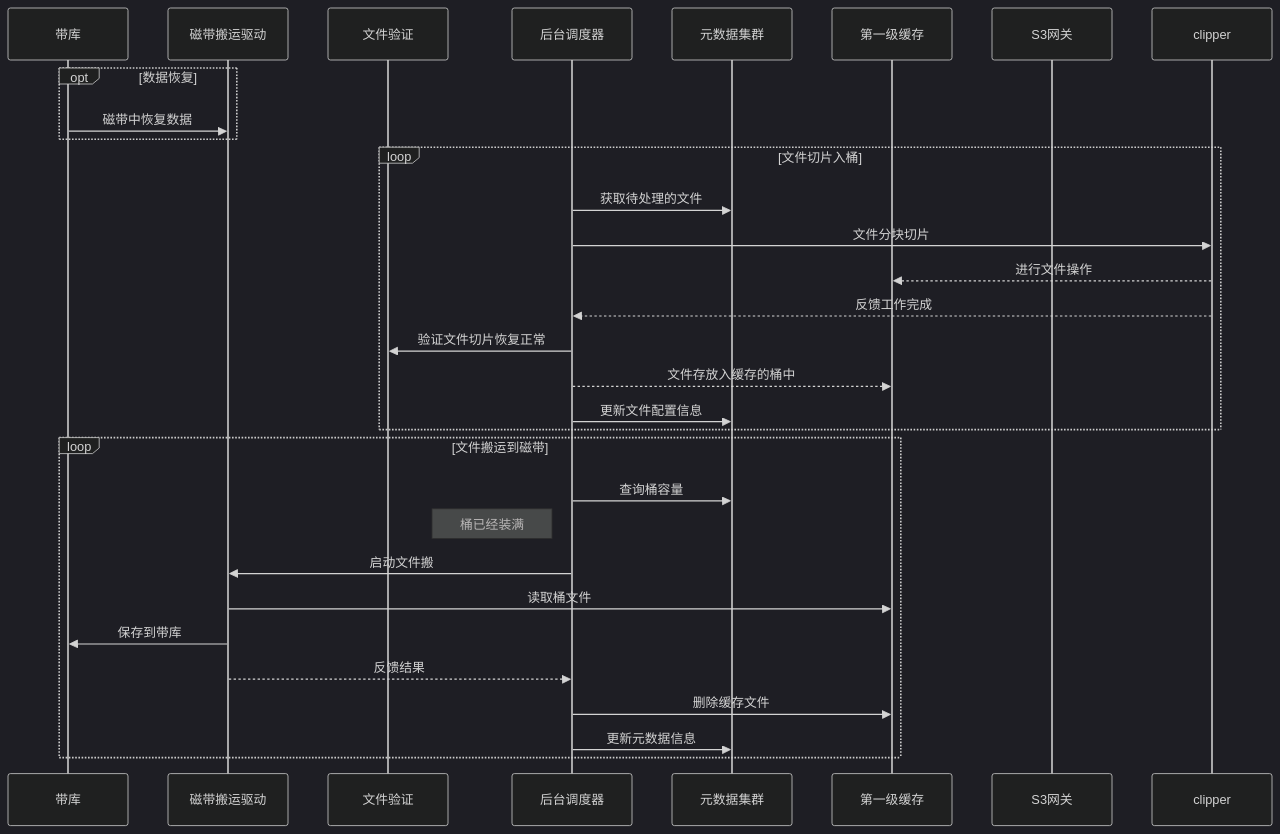
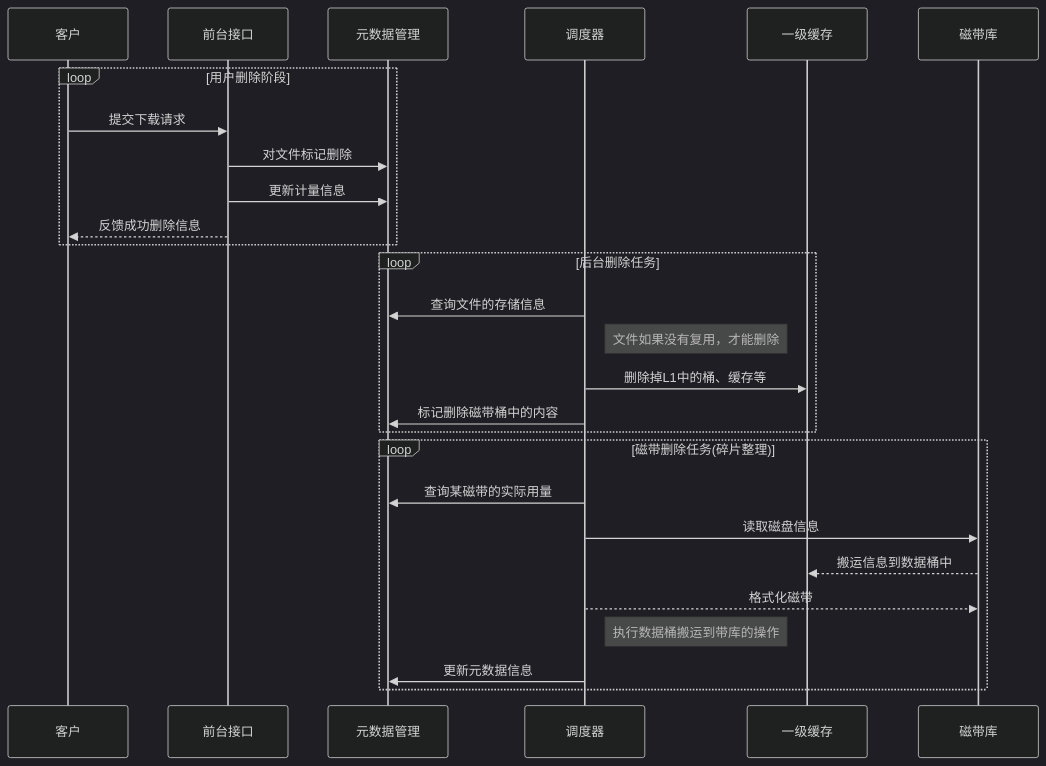
The sixth of 7 diagrams in 冰山存储设计.md (hourenhao/personal), drawn with Mermaid (dark theme) before and after one commit.

Commit message:
123
1231313

````diff
--- a/冰山存储设计.md
+++ b/冰山存储设计.md
@@ -293,41 +293,39 @@
 ```mermaid
 sequenceDiagram
 
-participant tape as 带库
-participant carriage as 磁带搬运驱动
-participant verifer as 文件验证
-participant scheduler as 后台调度器
-participant tidb as 元数据集群
-participant san as 第一级缓存
-participant gw as S3网关
+participant customer as 客户
+participant frontend as 前台接口
+participant tidb as 元数据管理
+participant scheduler as 调度器
+participant l1_cache as 一级缓存
+participant tape_store as 磁带库
 
-
-
-opt 数据恢复
-    tape ->> carriage: 磁带中恢复数据
-    
+loop 用户删除阶段
+    customer ->> frontend: 提交下载请求
+   
+    frontend ->> tidb: 对文件标记删除
+    frontend ->> tidb: 更新计量信息
+    frontend -->> customer: 反馈成功删除信息
+  
 end
 
-loop 文件切片入桶
-    scheduler ->> tidb: 获取待处理的文件
-    scheduler ->> clipper: 文件分块切片
-    clipper -->> san: 进行文件操作
-    clipper -->> scheduler: 反馈工作完成
-    scheduler ->> verifer: 验证文件切片恢复正常
-    scheduler -->> san: 文件存放入缓存的桶中
-    scheduler ->> tidb: 更新文件配置信息
+loop 后台删除任务
+    scheduler ->> tidb: 查询文件的存储信息
+   
+    note right of scheduler: 文件如果没有复用，才能删除
+    scheduler ->> l1_cache: 删除掉L1中的桶、缓存等
+    scheduler ->> tidb: 标记删除磁带桶中的内容
+
 end
 
-loop 文件搬运到磁带
-scheduler ->> tidb: 查询桶容量
-note left of scheduler: 桶已经装满
-scheduler ->> carriage: 启动文件搬
-carriage ->> san: 读取桶文件
-carriage ->> tape: 保存到带库
-carriage -->> scheduler: 反馈结果
-scheduler ->> san: 删除缓存文件
-scheduler ->> tidb: 更新元数据信息
+loop 磁带删除任务(碎片整理)
+	scheduler ->> tidb: 查询某磁带的实际用量
+	
+	scheduler ->> tape_store: 读取磁盘信息
+	tape_store -->> l1_cache: 搬运信息到数据桶中
+	scheduler -->> tape_store: 格式化磁带
+	note right of scheduler: 执行数据桶搬运到带库的操作
+	scheduler ->> tidb: 更新元数据信息
+	
 end
-
-
 ```
````
